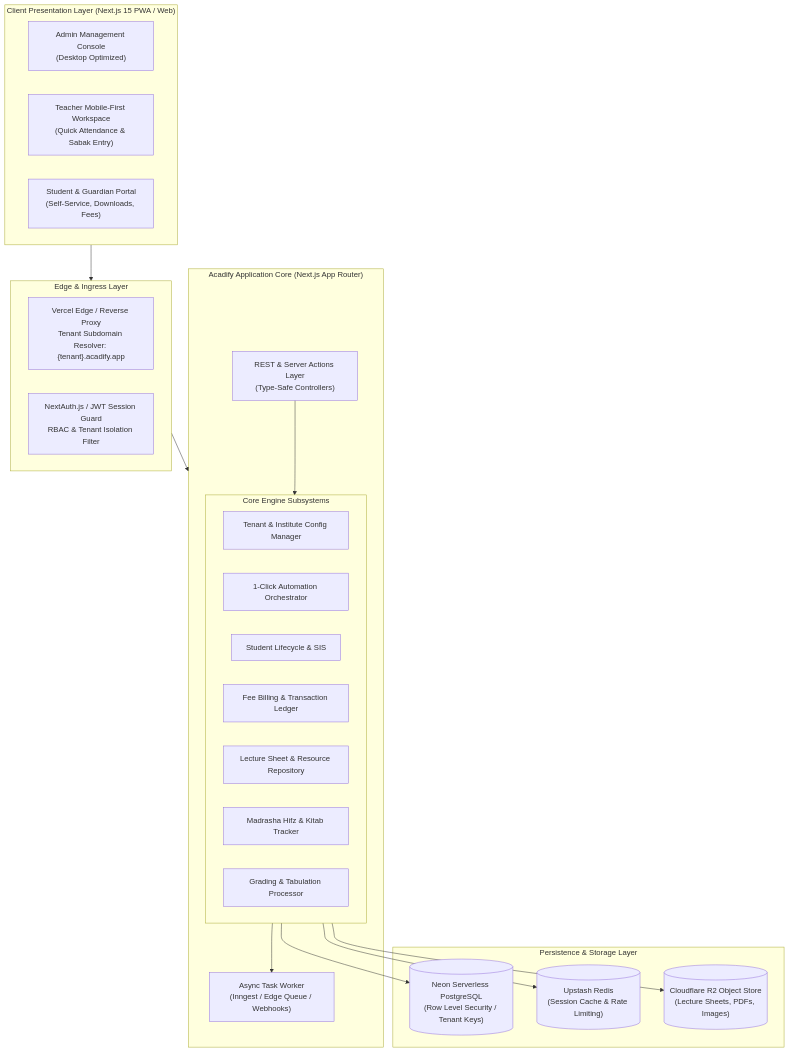
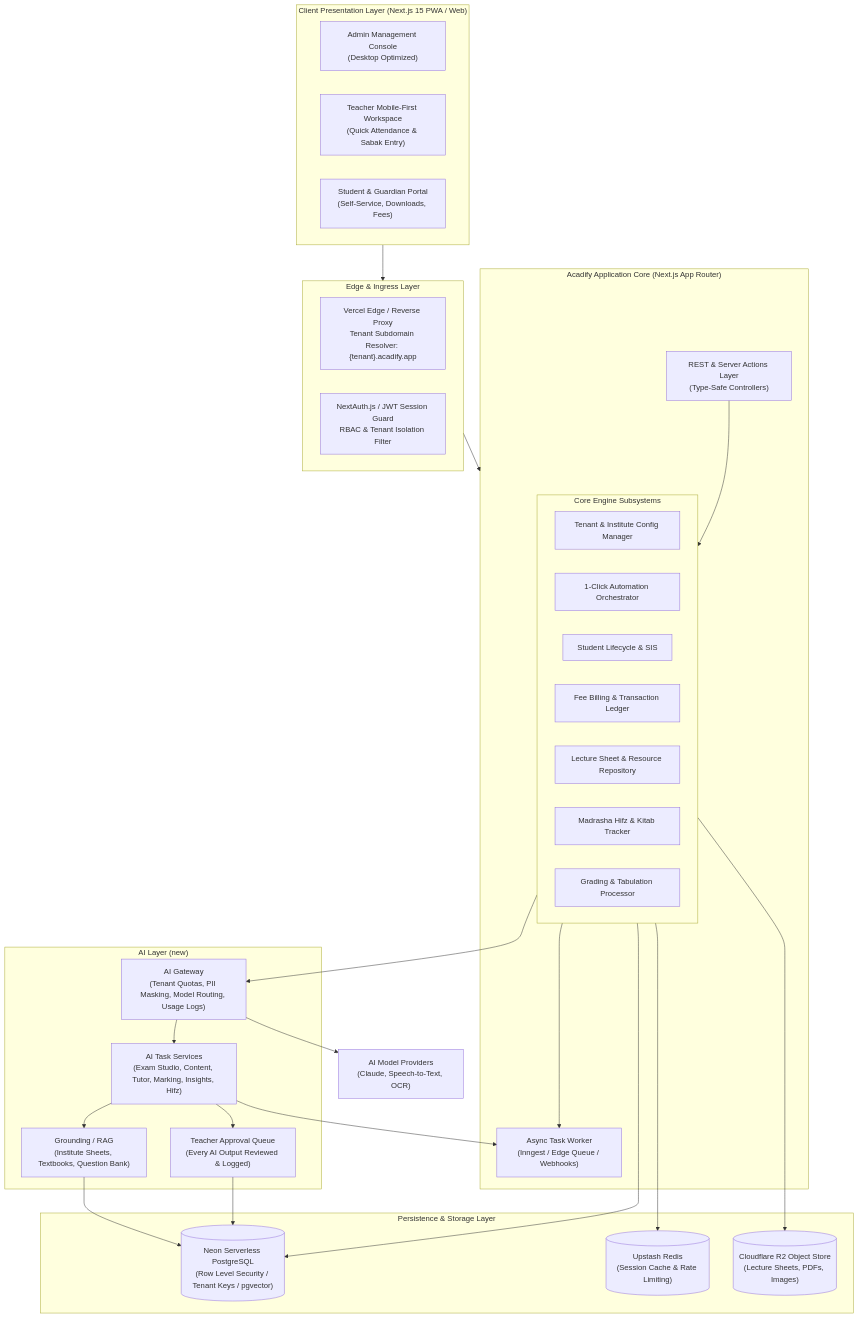
One commit to dev-mosarof66/acadify changed the second of 8 diagrams in .docs/acadify_architecture_and_build_plan.md. Above: the diagram before and after it, drawn with Mermaid. The commit also changed other lines of this file, not shown here.

````diff
--- a/.docs/acadify_architecture_and_build_plan.md
+++ b/.docs/acadify_architecture_and_build_plan.md
@@ -60,43 +67,58 @@
 ```mermaid
 graph TB
     subgraph ClientLayer ["Client Presentation Layer (Next.js 15 PWA / Web)"]
         AdminPortal["Admin Management Console<br/>(Desktop Optimized)"]
         TeacherApp["Teacher Mobile-First Workspace<br/>(Quick Attendance & Sabak Entry)"]
         StudentPortal["Student & Guardian Portal<br/>(Self-Service, Downloads, Fees)"]
     end
 
     subgraph EdgeLayer ["Edge & Ingress Layer"]
         Routing["Vercel Edge / Reverse Proxy<br/>Tenant Subdomain Resolver: {tenant}.acadify.app"]
         AuthGuard["NextAuth.js / JWT Session Guard<br/>RBAC & Tenant Isolation Filter"]
     end
 
     subgraph AppLayer ["Acadify Application Core (Next.js App Router)"]
         API["REST & Server Actions Layer<br/>(Type-Safe Controllers)"]
         
         subgraph Subsystems ["Core Engine Subsystems"]
             TenantEngine["Tenant & Institute Config Manager"]
             AutomationEngine["1-Click Automation Orchestrator"]
             StudentEngine["Student Lifecycle & SIS"]
             FeeEngine["Fee Billing & Transaction Ledger"]
             AcademicEngine["Lecture Sheet & Resource Repository"]
             MadrashaEngine["Madrasha Hifz & Kitab Tracker"]
             ExamEngine["Grading & Tabulation Processor"]
         end
         
         BackgroundJobs["Async Task Worker<br/>(Inngest / Edge Queue / Webhooks)"]
     end
 
+    subgraph AILayer ["AI Layer (new)"]
+        AIGateway["AI Gateway<br/>(Tenant Quotas, PII Masking, Model Routing, Usage Logs)"]
+        AIServices["AI Task Services<br/>(Exam Studio, Content, Tutor, Marking, Insights, Hifz)"]
+        Grounding["Grounding / RAG<br/>(Institute Sheets, Textbooks, Question Bank)"]
+        ApprovalQueue["Teacher Approval Queue<br/>(Every AI Output Reviewed & Logged)"]
+    end
+
     subgraph DataLayer ["Persistence & Storage Layer"]
-        NeonDB[("Neon Serverless PostgreSQL<br/>(Row Level Security / Tenant Keys)")]
+        NeonDB[("Neon Serverless PostgreSQL<br/>(Row Level Security / Tenant Keys / pgvector)")]
         RedisCache[("Upstash Redis<br/>(Session Cache & Rate Limiting)")]
         BlobStore[("Cloudflare R2 Object Store<br/>(Lecture Sheets, PDFs, Images)")]
     end
 
     ClientLayer --> EdgeLayer
     EdgeLayer --> AppLayer
     API --> Subsystems
     Subsystems --> BackgroundJobs
     Subsystems --> NeonDB
     Subsystems --> RedisCache
     Subsystems --> BlobStore
+    Subsystems --> AIGateway
+    AIGateway --> AIServices
+    AIServices --> Grounding
+    AIServices --> ApprovalQueue
+    Grounding --> NeonDB
+    ApprovalQueue --> NeonDB
+    AIServices --> BackgroundJobs
+    AIGateway --> AIProviders["AI Model Providers<br/>(Claude, Speech-to-Text, OCR)"]
 ```
````
